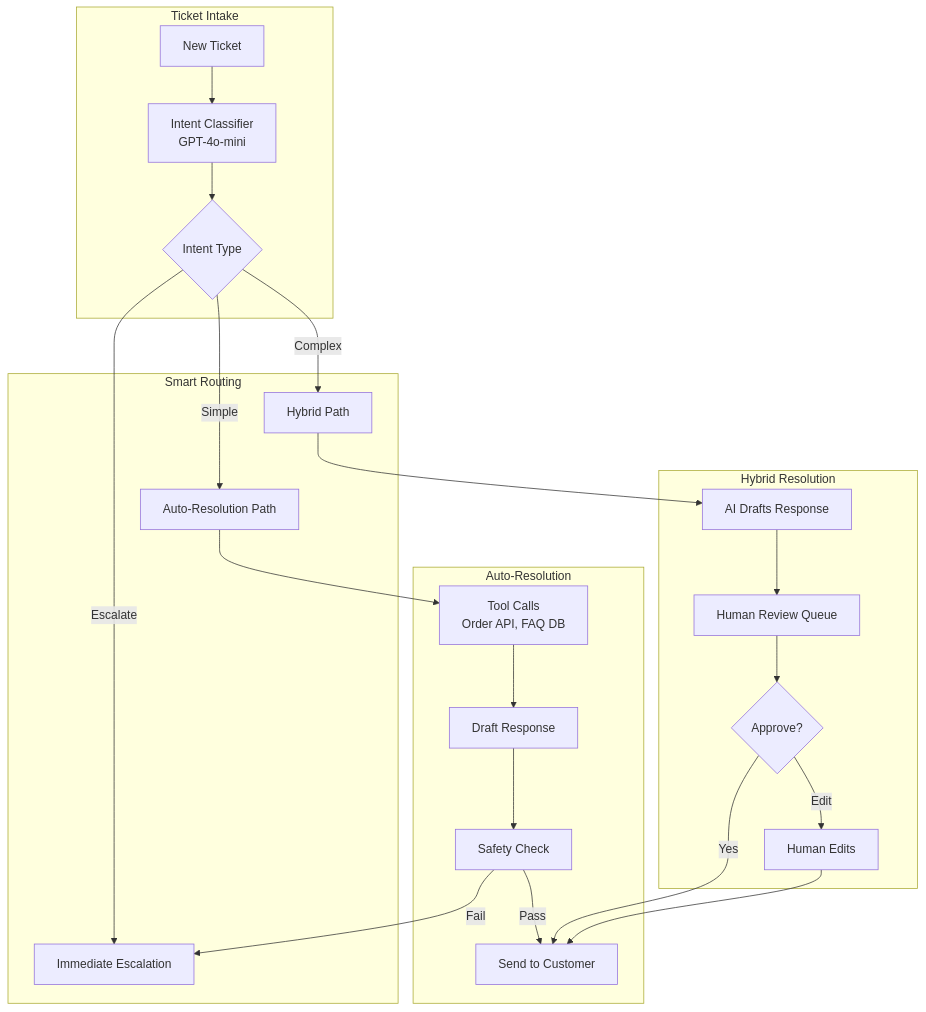
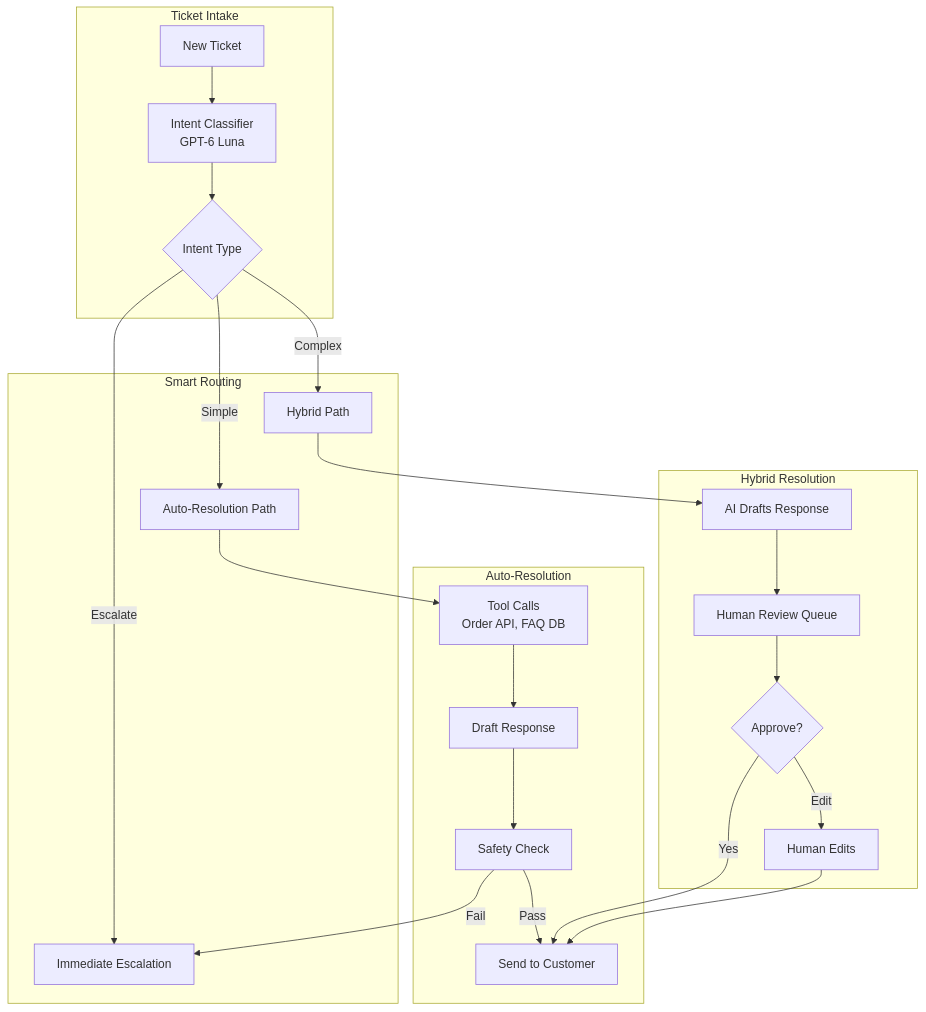
One commit to ChiHoc/ai-system-design-guide-zh changed the first of 3 diagrams in 16-case-studies/09-customer-support-automation.md. Above: the diagram before and after it, drawn with Mermaid. The commit also changed other lines of this file and 149 other files, not shown here.

````diff
--- a/16-case-studies/09-customer-support-automation.md
+++ b/16-case-studies/09-customer-support-automation.md
@@ -24,30 +25,30 @@
 ```mermaid
 flowchart TB
     subgraph Intake["Ticket Intake"]
-        TICKET[New Ticket] --> CLASSIFY[Intent Classifier<br/>GPT-4o-mini]
+        TICKET[New Ticket] --> CLASSIFY[Intent Classifier<br/>GPT-6 Luna]
         CLASSIFY --> INTENT{Intent Type}
     end
 
     subgraph Routing["Smart Routing"]
         INTENT -->|Simple| AUTO[Auto-Resolution Path]
         INTENT -->|Complex| HYBRID[Hybrid Path]
         INTENT -->|Escalate| HUMAN[Immediate Escalation]
     end
 
     subgraph AutoResolve["Auto-Resolution"]
         AUTO --> TOOLS[Tool Calls<br/>Order API, FAQ DB]
         TOOLS --> DRAFT[Draft Response]
         DRAFT --> SAFETY[Safety Check]
         SAFETY -->|Pass| SEND[Send to Customer]
         SAFETY -->|Fail| HUMAN
     end
 
     subgraph HybridPath["Hybrid Resolution"]
         HYBRID --> AGENT_DRAFT[AI Drafts Response]
         AGENT_DRAFT --> QUEUE[Human Review Queue]
         QUEUE --> APPROVE{Approve?}
         APPROVE -->|Yes| SEND
         APPROVE -->|Edit| EDIT[Human Edits]
         EDIT --> SEND
     end
 ```
````
